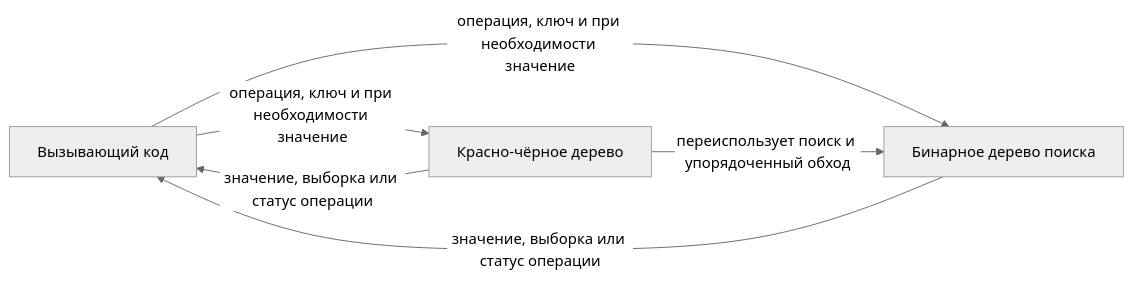
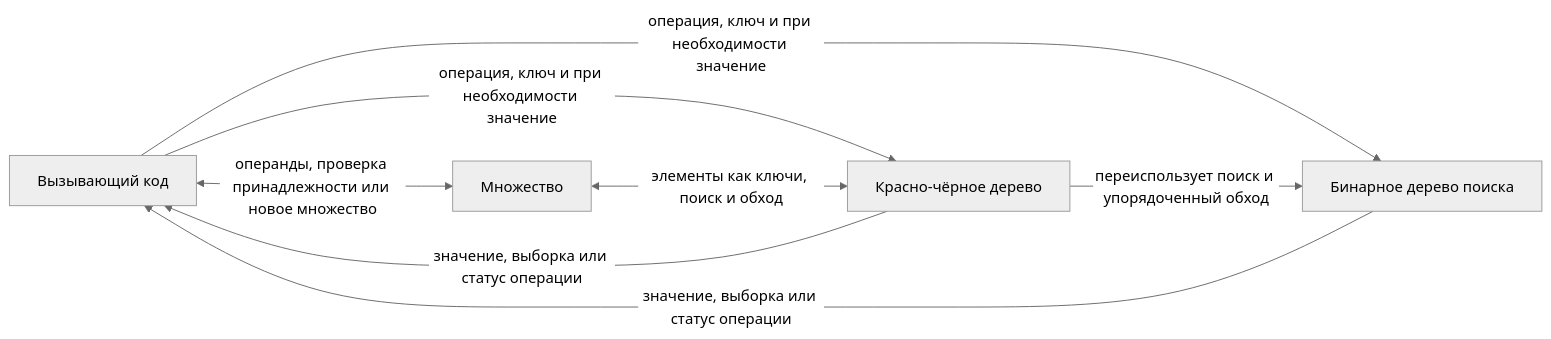
The second of 2 diagrams in FirstLab/docs/design.md (Krastti/DataStructures), drawn with Mermaid (neutral theme) before and after one commit. The commit also changed other lines of this file and 8 other files, not shown here.

````diff
--- a/FirstLab/docs/design.md
+++ b/FirstLab/docs/design.md
@@ -25,8 +30,10 @@
 ```mermaid
 flowchart LR
     Caller["Вызывающий код"] -->|"операция, ключ и при необходимости значение"| Binary["Бинарное дерево поиска"]
     Caller -->|"операция, ключ и при необходимости значение"| RedBlack["Красно-чёрное дерево"]
     Binary -->|"значение, выборка или статус операции"| Caller
     RedBlack -->|"значение, выборка или статус операции"| Caller
     RedBlack -->|"переиспользует поиск и упорядоченный обход"| Binary
+    Caller <-->|"операнды, проверка принадлежности или новое множество"| Set["Множество"]
+    Set <-->|"элементы как ключи, поиск и обход"| RedBlack
 ```
````
